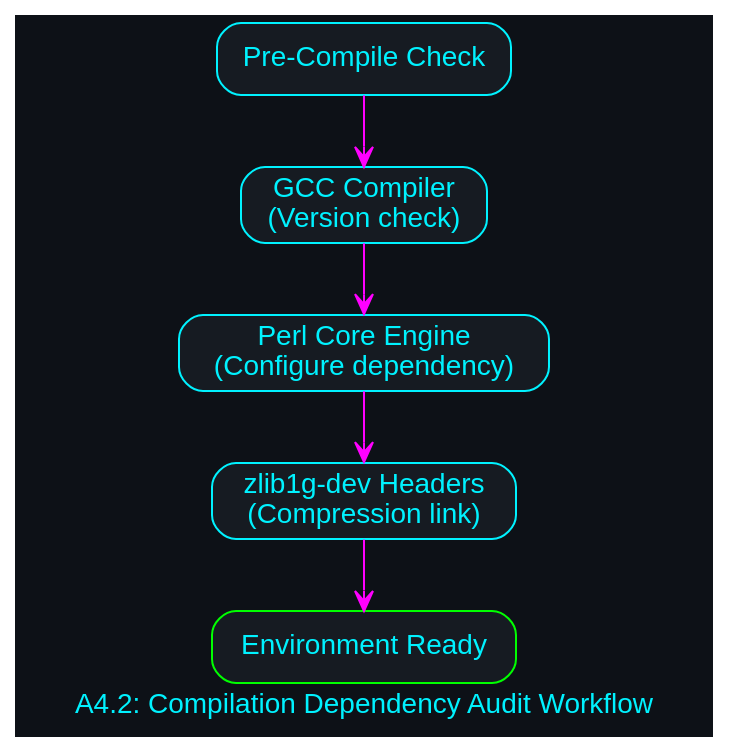
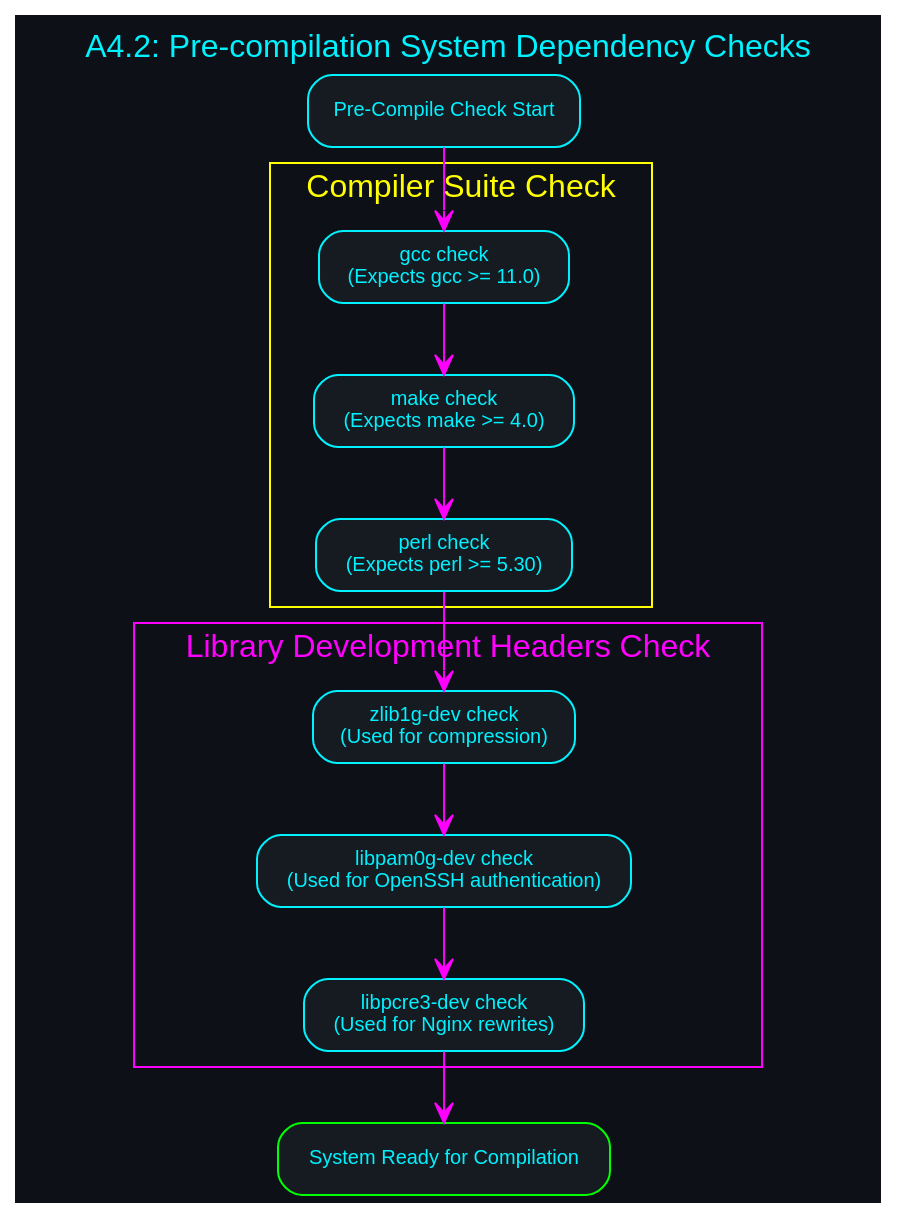
Before and after one commit to danindiana/hybrid-framework: the diagram in diagrams/compilations/workflow_dependency_check.dot, drawn with Graphviz. The commit also changed 74 other files, not shown here.

Commit message:
docs: expand compilation diagrams to include detailed subgraphs and annotations

```diff
--- a/diagrams/compilations/workflow_dependency_check.dot
+++ b/diagrams/compilations/workflow_dependency_check.dot
@@ -1,16 +1,34 @@
 digraph WorkDependency {
-        graph [bgcolor="#0d1117", fontname="Helvetica", fontcolor="#00f2ff", label="A4.2: Compilation Dependency Audit Workflow"];
-        node [shape=box, style="filled,rounded", color="#00f2ff", fontcolor="#00f2ff", fillcolor="#161b22", fontname="Helvetica"];
-        edge [color="#ff00ff", arrowhead=vee];
+        graph [bgcolor="#0d1117", fontname="Helvetica", fontcolor="#00f2ff", label="A4.2: Pre-compilation System Dependency Checks", labelloc="t", fontsize=16];
+        node [shape=box, style="filled,rounded", color="#00f2ff", fontcolor="#00f2ff", fillcolor="#161b22", fontname="Helvetica", fontsize=10];
+        edge [color="#ff00ff", arrowhead=vee, fontname="Helvetica", fontsize=9];
 
-        Audit_Start [label="Pre-Compile Check"];
-        Check_GCC [label="GCC Compiler\n(Version check)"];
-        Check_Perl [label="Perl Core Engine\n(Configure dependency)"];
-        Check_Zlib [label="zlib1g-dev Headers\n(Compression link)"];
-        Audit_Success [label="Environment Ready", color="#00ff00"];
+        subgraph cluster_toolchain_checks {
+            label = "Compiler Suite Check";
+            color = "#ffff00";
+            fontcolor = "#ffff00";
+            Check_GCC [label="gcc check\n(Expects gcc >= 11.0)"];
+            Check_Make [label="make check\n(Expects make >= 4.0)"];
+            Check_Perl [label="perl check\n(Expects perl >= 5.30)"];
+        }
 
-        Audit_Start -> Check_GCC;
-        Check_GCC -> Check_Perl;
-        Check_Perl -> Check_Zlib;
-        Check_Zlib -> Audit_Success;
+        subgraph cluster_headers_checks {
+            label = "Library Development Headers Check";
+            color = "#ff00ff";
+            fontcolor = "#ff00ff";
+            Check_Zlib_Dev [label="zlib1g-dev check\n(Used for compression)"];
+            Check_Pam_Dev [label="libpam0g-dev check\n(Used for OpenSSH authentication)"];
+            Check_Pcre_Dev [label="libpcre3-dev check\n(Used for Nginx rewrites)"];
+        }
+
+        Start [label="Pre-Compile Check Start"];
+        Ready [label="System Ready for Compilation", color="#00ff00"];
+
+        Start -> Check_GCC;
+        Check_GCC -> Check_Make;
+        Check_Make -> Check_Perl;
+        Check_Perl -> Check_Zlib_Dev;
+        Check_Zlib_Dev -> Check_Pam_Dev;
+        Check_Pam_Dev -> Check_Pcre_Dev;
+        Check_Pcre_Dev -> Ready;
     }
```
